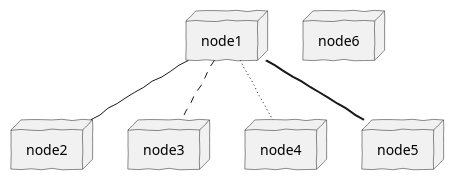
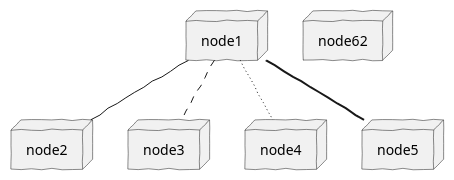
Before and after one commit to HugoFernandes2343/LAPR4_2017-2018: the diagram in docs/student-1122334/sp1/net.puml, drawn with PlantUML. The commit also changed 7 other files, not shown here.

Commit message:
Fixes incremental generation of puml diagrams.

```diff
--- a/docs/student-1122334/sp1/net.puml
+++ b/docs/student-1122334/sp1/net.puml
@@ -1,19 +1,19 @@
 @startuml net.png
 skinparam handwritten true
 skinparam monochrome true
 skinparam packageStyle rect
 skinparam defaultFontName FG Virgil
 skinparam shadowing false
 
 node node1
 node node2
 node node3
 node node4
 node node5
-node node6
+node node62
 node1 -- node2
 node1 .. node3
 node1 ~~ node4
 node1 == node5
 
 @enduml
```
